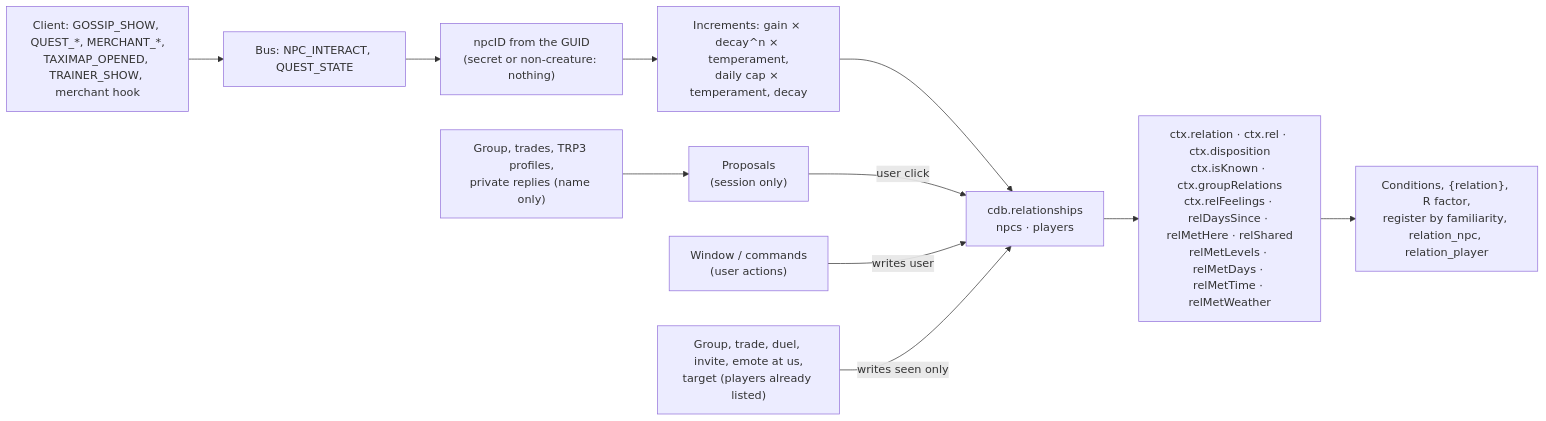
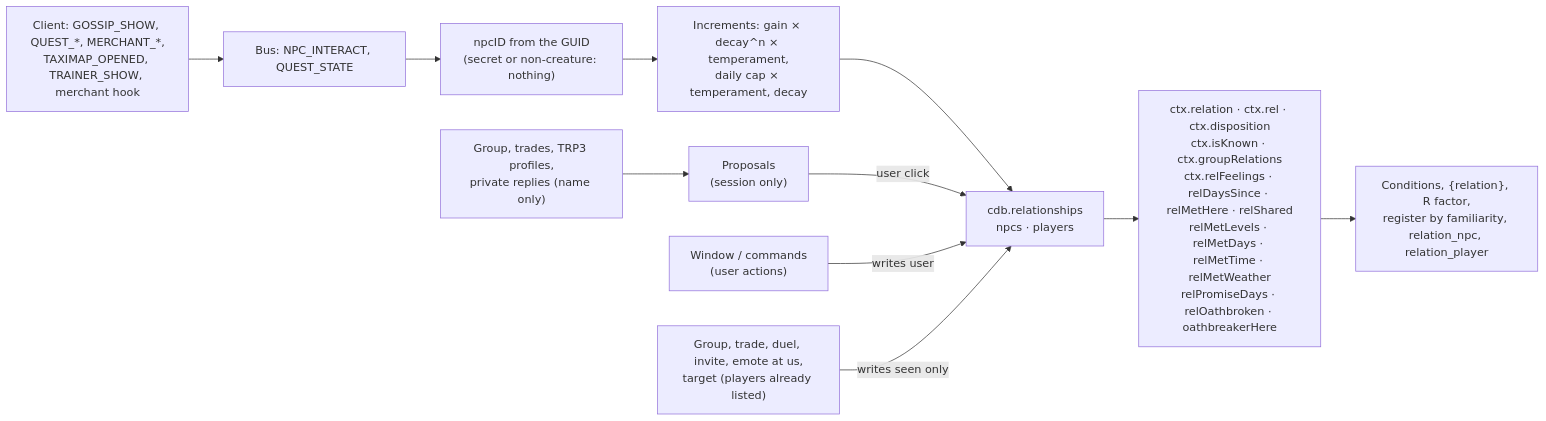
Before and after one commit to Finland6738/azeroth-unspoken: the ninth of 19 diagrams in docs/ARCHITECTURE.md, drawn with Mermaid. The commit also changed other lines of this file and 33 other files, not shown here.

````diff
--- a/docs/ARCHITECTURE.md
+++ b/docs/ARCHITECTURE.md
@@ -425,13 +425,13 @@
 ```mermaid
 flowchart LR
     W["Client: GOSSIP_SHOW, QUEST_*, MERCHANT_*,<br/>TAXIMAP_OPENED, TRAINER_SHOW, merchant hook"] --> B["Bus: NPC_INTERACT, QUEST_STATE"]
     B --> N["npcID from the GUID<br/>(secret or non-creature: nothing)"]
     N --> I["Increments: gain × decay^n × temperament,<br/>daily cap × temperament, decay"]
     I --> D["cdb.relationships<br/>npcs · players"]
     G["Group, trades, TRP3 profiles,<br/>private replies (name only)"] --> C["Proposals<br/>(session only)"]
     C -- "user click" --> D
     U["Window / commands<br/>(user actions)"] -- "writes user" --> D
     E["Group, trade, duel, invite, emote at us,<br/>target (players already listed)"] -- "writes seen only" --> D
-    D --> X["ctx.relation · ctx.rel · ctx.disposition<br/>ctx.isKnown · ctx.groupRelations<br/>ctx.relFeelings · relDaysSince · relMetHere · relShared<br/>relMetLevels · relMetDays · relMetTime · relMetWeather"]
+    D --> X["ctx.relation · ctx.rel · ctx.disposition<br/>ctx.isKnown · ctx.groupRelations<br/>ctx.relFeelings · relDaysSince · relMetHere · relShared<br/>relMetLevels · relMetDays · relMetTime · relMetWeather<br/>relPromiseDays · relOathbroken · oathbreakerHere"]
     X --> R["Conditions, {relation}, R factor,<br/>register by familiarity, relation_npc, relation_player"]
 ```
````
